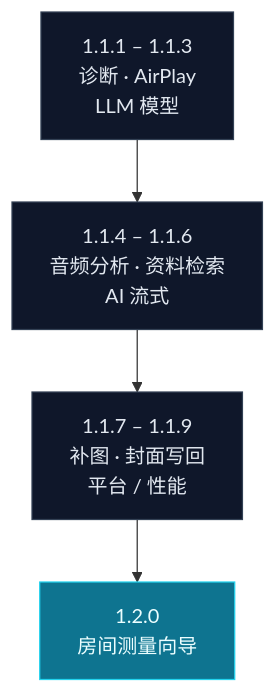
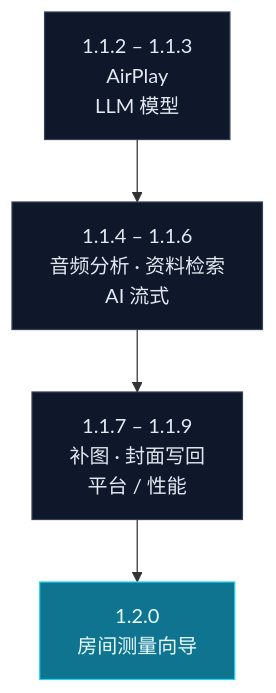
The diagram in README.zh-CN.md (BH2VOQ/RLPlayer-Mac), drawn with Mermaid before and after one commit. The commit also changed other lines of this file and 2 other files, not shown here.

Commit message:
docs(readme): sync features, roadmap and test counts with 1.1.1 release

````diff
--- a/README.zh-CN.md
+++ b/README.zh-CN.md
@@ -263,12 +265,12 @@
 ```mermaid
 flowchart TB
-  A["1.1.1 – 1.1.3<br/>诊断 · AirPlay<br/>LLM 模型"]
+  A["1.1.2 – 1.1.3<br/>AirPlay<br/>LLM 模型"]
   B["1.1.4 – 1.1.6<br/>音频分析 · 资料检索<br/>AI 流式"]
   C["1.1.7 – 1.1.9<br/>补图 · 封面写回<br/>平台 / 性能"]
   D["1.2.0<br/>房间测量向导"]
   A --> B --> C --> D
   classDef plan fill:#0f172a,stroke:#334155,color:#e2e8f0;
   classDef next fill:#0e7490,stroke:#22d3ee,color:#ecfeff;
   class A,B,C plan;
   class D next;
 ```
````
